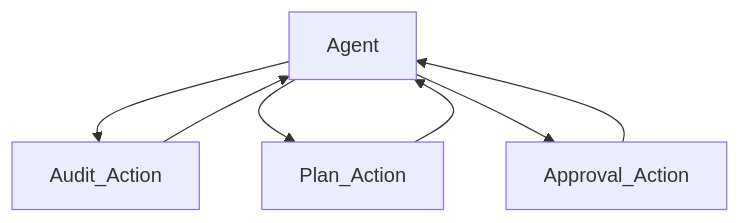
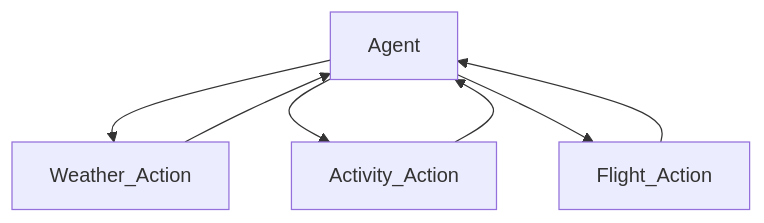
Before and after one commit to ciscoaiteam/CLUS25-BOGEN-1003: the diagram in demo02/Readme.md, drawn with Mermaid. The commit also changed other lines of this file, not shown here.

````diff
--- a/demo02/Readme.md
+++ b/demo02/Readme.md
@@ -21,9 +22,9 @@
-```mermaid
-graph TD;
-    Agent-->Audit_Action;
-    Agent-->Plan_Action;
-    Agent-->Approval_Action;
-    Approval_Action-->Agent;
-    Plan_Action-->Agent;
-    Audit_Action-->Agent;
-```
+    ```mermaid
+    graph TD;
+        Agent-->Weather_Action;
+        Agent-->Activity_Action;
+        Agent-->Flight_Action;
+        Weather_Action-->Agent;
+        Activity_Action-->Agent;
+        Flight_Action-->Agent;
+    ```
````
